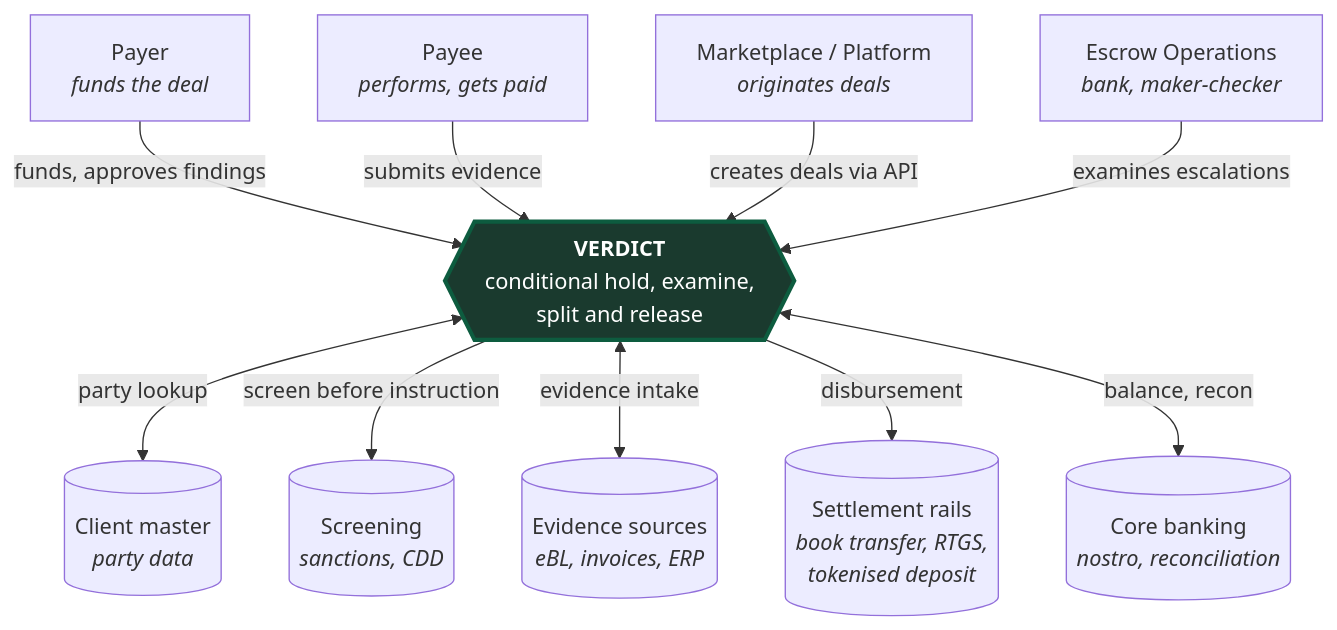
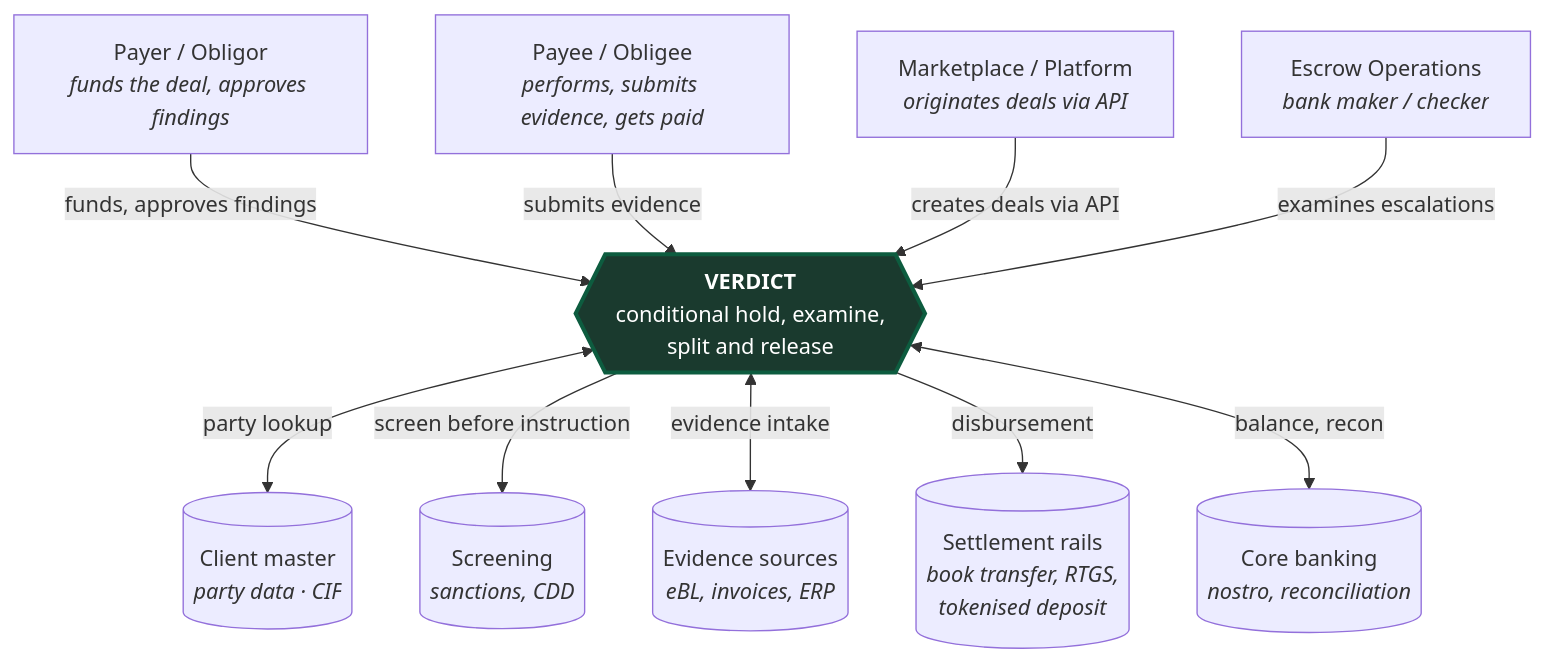
One commit to pratikhunny/verdict changed the first of 11 diagrams in docs/02-hld.md. Above: the diagram before and after it, drawn with Mermaid. The commit also changed other lines of this file and 59 other files, not shown here.

````diff
--- a/docs/02-hld.md
+++ b/docs/02-hld.md
@@ -39,28 +43,28 @@
 ```mermaid
 flowchart TB
-    payer["Payer<br/><i>funds the deal</i>"]
-    payee["Payee<br/><i>performs, gets paid</i>"]
-    ops["Escrow Operations<br/><i>bank, maker-checker</i>"]
-    mkt["Marketplace / Platform<br/><i>originates deals</i>"]
+    payer["Payer / Obligor<br/><i>funds the deal, approves findings</i>"]
+    payee["Payee / Obligee<br/><i>performs, submits evidence, gets paid</i>"]
+    ops["Escrow Operations<br/><i>bank maker / checker</i>"]
+    mkt["Marketplace / Platform<br/><i>originates deals via API</i>"]
 
     verdict{{"<b>VERDICT</b><br/>conditional hold, examine,<br/>split and release"}}
 
-    cif[("Client master<br/><i>party data</i>")]
+    cif[("Client master<br/><i>party data · CIF</i>")]
     screen[("Screening<br/><i>sanctions, CDD</i>")]
     docs[("Evidence sources<br/><i>eBL, invoices, ERP</i>")]
     rails[("Settlement rails<br/><i>book transfer, RTGS,<br/>tokenised deposit</i>")]
     core[("Core banking<br/><i>nostro, reconciliation</i>")]
 
     payer -->|"funds, approves findings"| verdict
     payee -->|"submits evidence"| verdict
     mkt -->|"creates deals via API"| verdict
     ops -->|"examines escalations"| verdict
 
     verdict <-->|"party lookup"| cif
     verdict -->|"screen before instruction"| screen
     verdict <-->|"evidence intake"| docs
     verdict -->|"disbursement"| rails
     verdict <-->|"balance, recon"| core
 
     style verdict fill:#1a3a2e,color:#fff,stroke:#0d5c3f,stroke-width:3px
 ```
````
